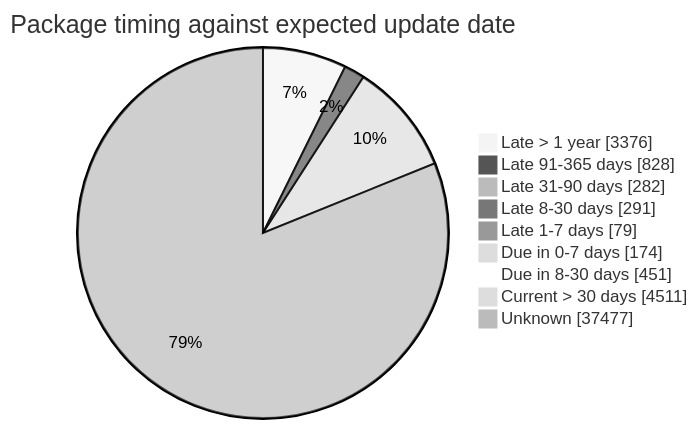
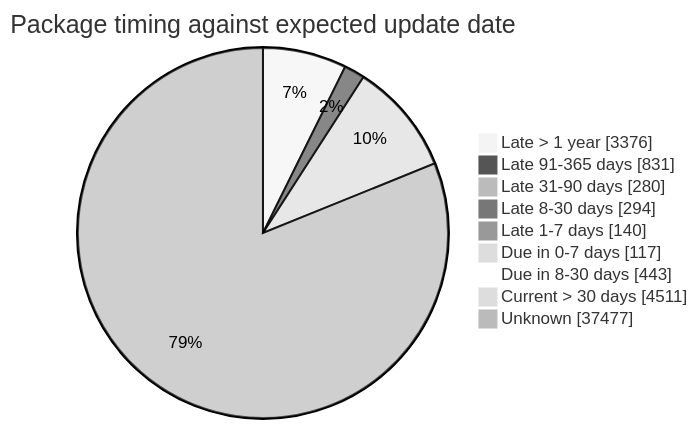
The fourth of 5 diagrams in FreshCheck/README.md (open-data/analytics-corporate-reporting), drawn with Mermaid (neutral theme) before and after one commit. The commit also changed other lines of this file and 3 other files, not shown here.

````diff
--- a/FreshCheck/README.md
+++ b/FreshCheck/README.md
@@ -87,12 +87,12 @@
 ```mermaid
 pie showData title Package timing against expected update date
     "Late > 1 year": 3376
-    "Late 91-365 days": 828
-    "Late 31-90 days": 282
-    "Late 8-30 days": 291
-    "Late 1-7 days": 79
-    "Due in 0-7 days": 174
-    "Due in 8-30 days": 451
+    "Late 91-365 days": 831
+    "Late 31-90 days": 280
+    "Late 8-30 days": 294
+    "Late 1-7 days": 140
+    "Due in 0-7 days": 117
+    "Due in 8-30 days": 443
     "Current > 30 days": 4511
     "Unknown": 37477
 ```
````
